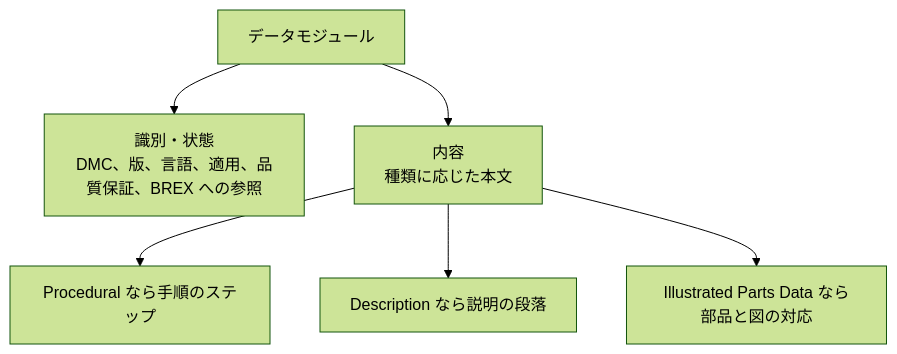
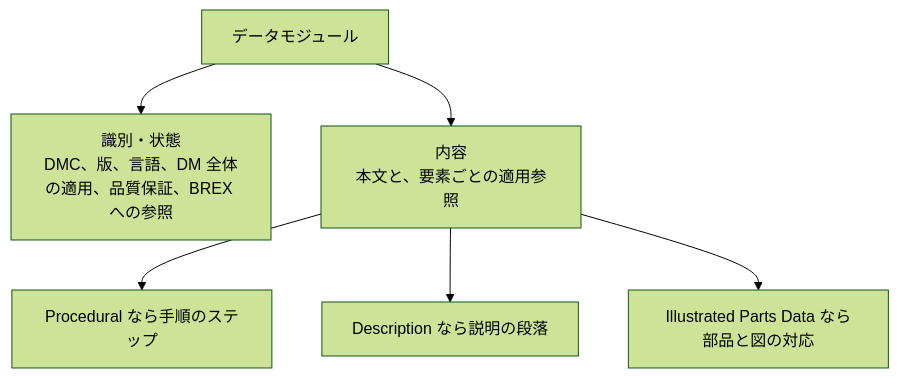
The first of 2 diagrams in books/ietm-overview/data-modules.md (shuji-bonji/zenn-articles), drawn with Mermaid (forest theme) before and after one commit. The commit also changed other lines of this file and 8 other files, not shown here.

````diff
--- a/books/ietm-overview/data-modules.md
+++ b/books/ietm-overview/data-modules.md
@@ -39,11 +49,11 @@
 ```mermaid
 flowchart TB
   DM["データモジュール"]
-  ID["識別・状態<br/>DMC、版、言語、適用、品質保証、BREX への参照"]
-  CT["内容<br/>種類に応じた本文"]
+  ID["識別・状態<br/>DMC、版、言語、DM 全体の適用、品質保証、BREX への参照"]
+  CT["内容<br/>本文と、要素ごとの適用参照"]
   DM --> ID
   DM --> CT
   CT --> P["Procedural なら手順のステップ"]
   CT --> D["Description なら説明の段落"]
   CT --> I["Illustrated Parts Data なら部品と図の対応"]
 ```
````
